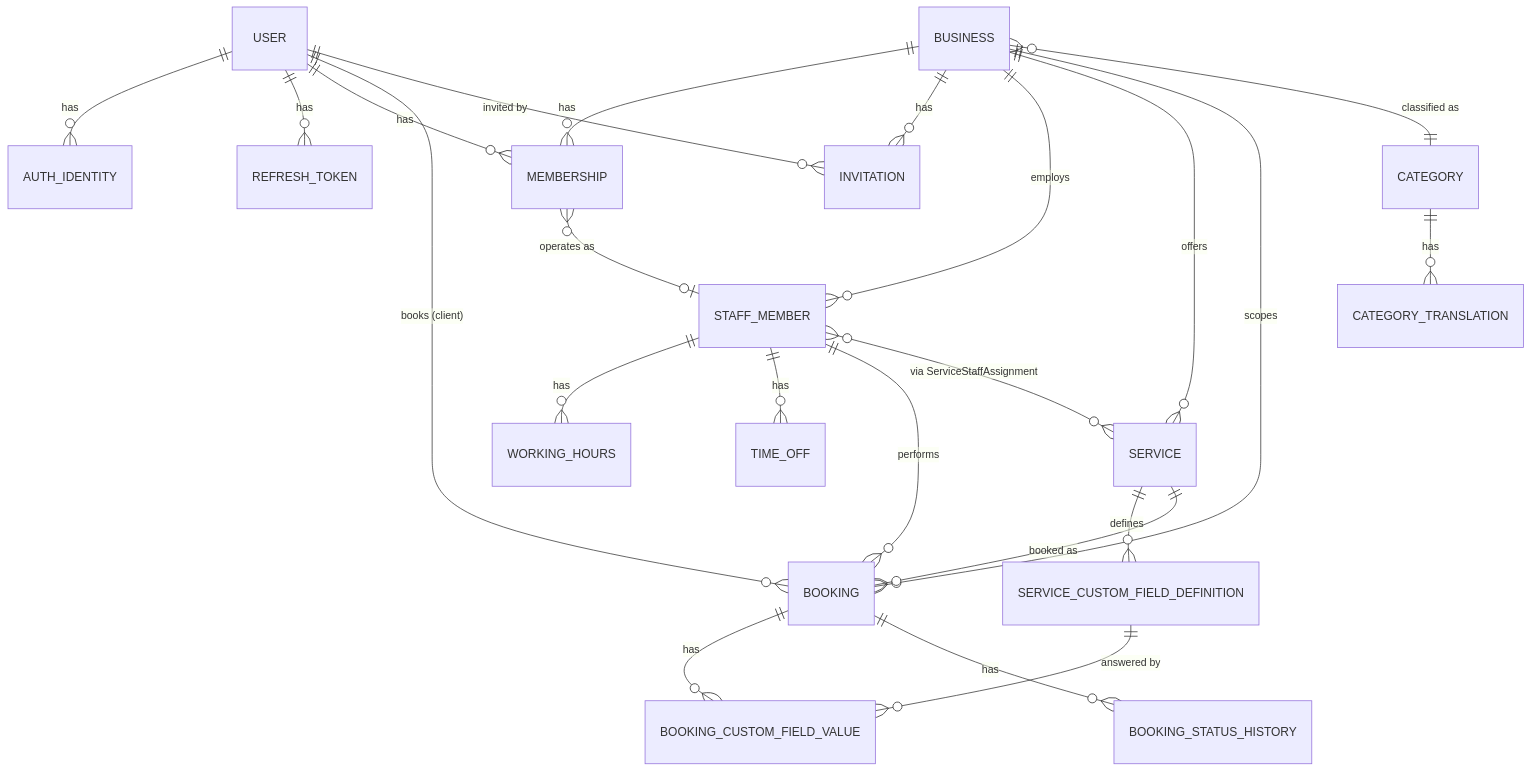
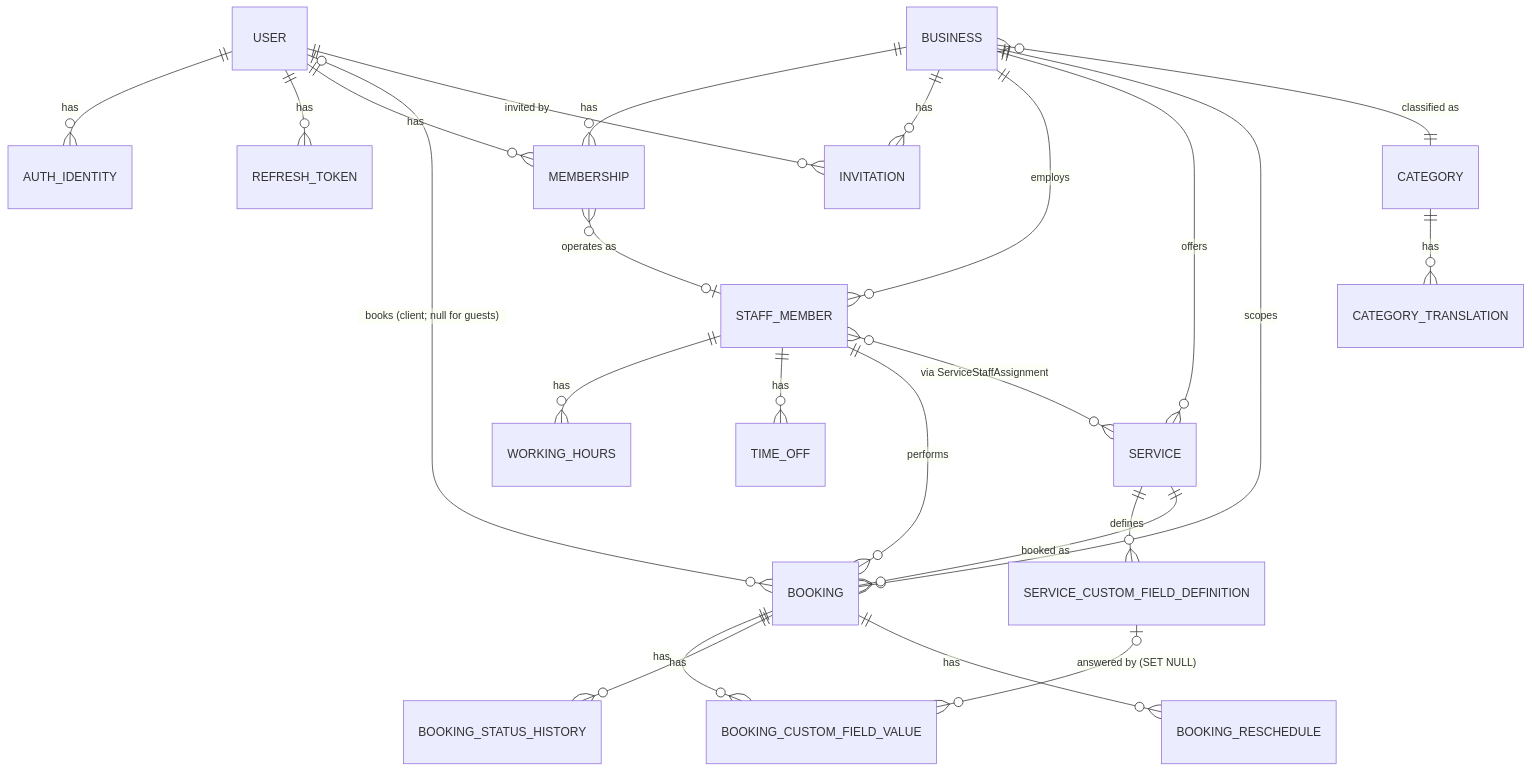
Before and after one commit to Dmitry-Bulavko/najme: the first of 2 diagrams in docs/architecture/data-model.md, drawn with Mermaid. The commit also changed other lines of this file and 6 other files, not shown here.

````diff
--- a/docs/architecture/data-model.md
+++ b/docs/architecture/data-model.md
@@ -335,31 +646,32 @@
 ```mermaid
 erDiagram
     USER ||--o{ AUTH_IDENTITY : has
     USER ||--o{ REFRESH_TOKEN : has
     USER ||--o{ MEMBERSHIP : has
-    USER ||--o{ BOOKING : "books (client)"
+    USER |o--o{ BOOKING : "books (client; null for guests)"
     USER ||--o{ INVITATION : "invited by"
 
     BUSINESS ||--o{ MEMBERSHIP : has
     BUSINESS ||--o{ INVITATION : has
     BUSINESS ||--o{ STAFF_MEMBER : employs
     BUSINESS ||--o{ SERVICE : offers
     BUSINESS ||--o{ BOOKING : scopes
     BUSINESS }o--|| CATEGORY : "classified as"
 
     MEMBERSHIP }o--o| STAFF_MEMBER : "operates as"
 
     STAFF_MEMBER ||--o{ WORKING_HOURS : has
     STAFF_MEMBER ||--o{ TIME_OFF : has
     STAFF_MEMBER ||--o{ BOOKING : performs
     STAFF_MEMBER }o--o{ SERVICE : "via ServiceStaffAssignment"
 
     SERVICE ||--o{ SERVICE_CUSTOM_FIELD_DEFINITION : defines
     SERVICE ||--o{ BOOKING : "booked as"
 
     BOOKING ||--o{ BOOKING_CUSTOM_FIELD_VALUE : has
     BOOKING ||--o{ BOOKING_STATUS_HISTORY : has
-    SERVICE_CUSTOM_FIELD_DEFINITION ||--o{ BOOKING_CUSTOM_FIELD_VALUE : "answered by"
+    BOOKING ||--o{ BOOKING_RESCHEDULE : has
+    SERVICE_CUSTOM_FIELD_DEFINITION |o--o{ BOOKING_CUSTOM_FIELD_VALUE : "answered by (SET NULL)"
 
     CATEGORY ||--o{ CATEGORY_TRANSLATION : has
 ```
````
